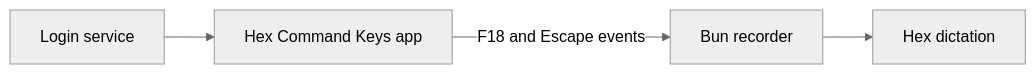
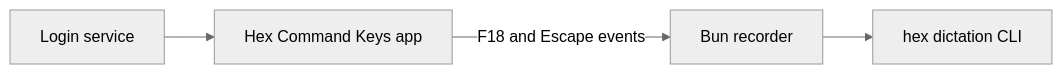
One commit to connorads/dotfiles changed the first of 2 diagrams in src/bb-plugins/handsfree/README.md. Above: the diagram before and after it, drawn with Mermaid (neutral theme). The commit also changed other lines of this file, not shown here.

First line of the commit message:
Describe the Hex 3 command recorder in the Handsfree README

````diff
--- a/src/bb-plugins/handsfree/README.md
+++ b/src/bb-plugins/handsfree/README.md
@@ -33,6 +35,6 @@
 ```mermaid
 flowchart LR
   Launchd[Login service] --> Keys[Hex Command Keys app]
   Keys -->|F18 and Escape events| Recorder[Bun recorder]
-  Recorder --> Hex[Hex dictation]
+  Recorder --> Hex[hex dictation CLI]
 ```
````
